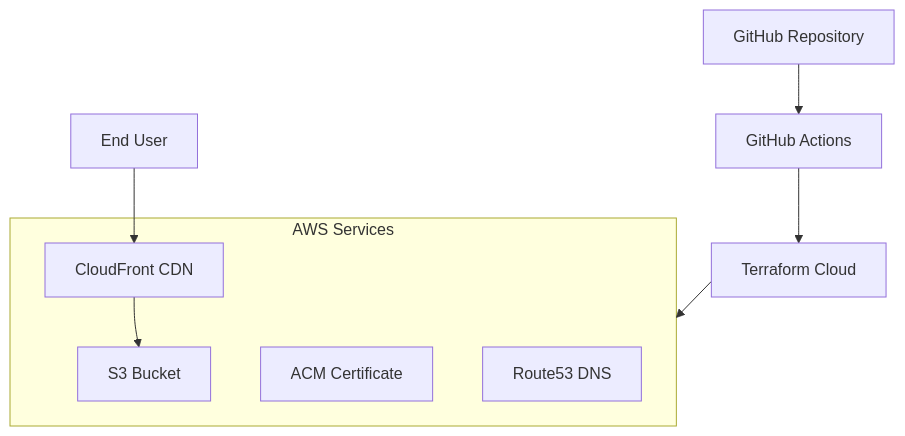
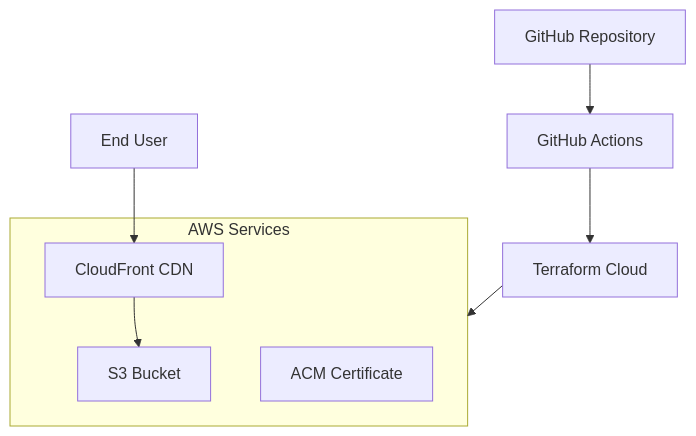
The diagram in README.md (tasnimmizaoui/AWS-S3-Static-Website-), drawn with Mermaid before and after one commit.

````diff
--- a/README.md
+++ b/README.md
@@ -9,16 +9,15 @@
 ```mermaid
 graph TB
     GitHub[GitHub Repository] --> GitHubActions[GitHub Actions]
     GitHubActions --> TerraformCloud[Terraform Cloud]
     TerraformCloud --> AWS[AWS Infrastructure]
     
     subgraph AWS [AWS Services]
         S3[S3 Bucket]
         CloudFront[CloudFront CDN]
         ACM[ACM Certificate]
-        Route53[Route53 DNS]
     end
     
     User[End User] --> CloudFront
     CloudFront --> S3
 ```
````
